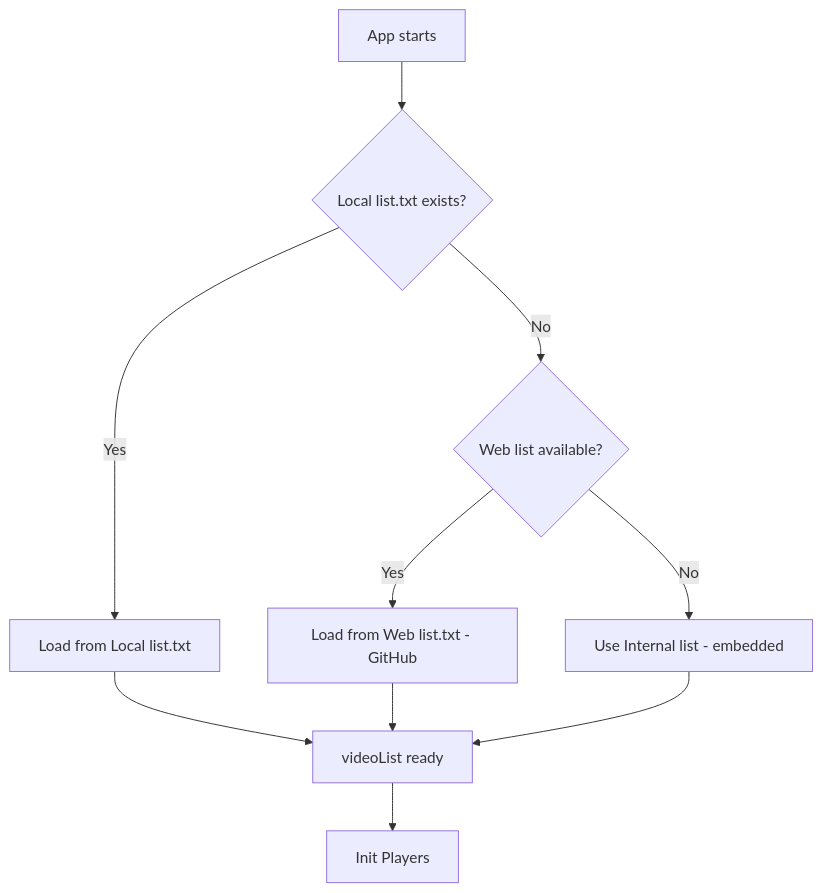
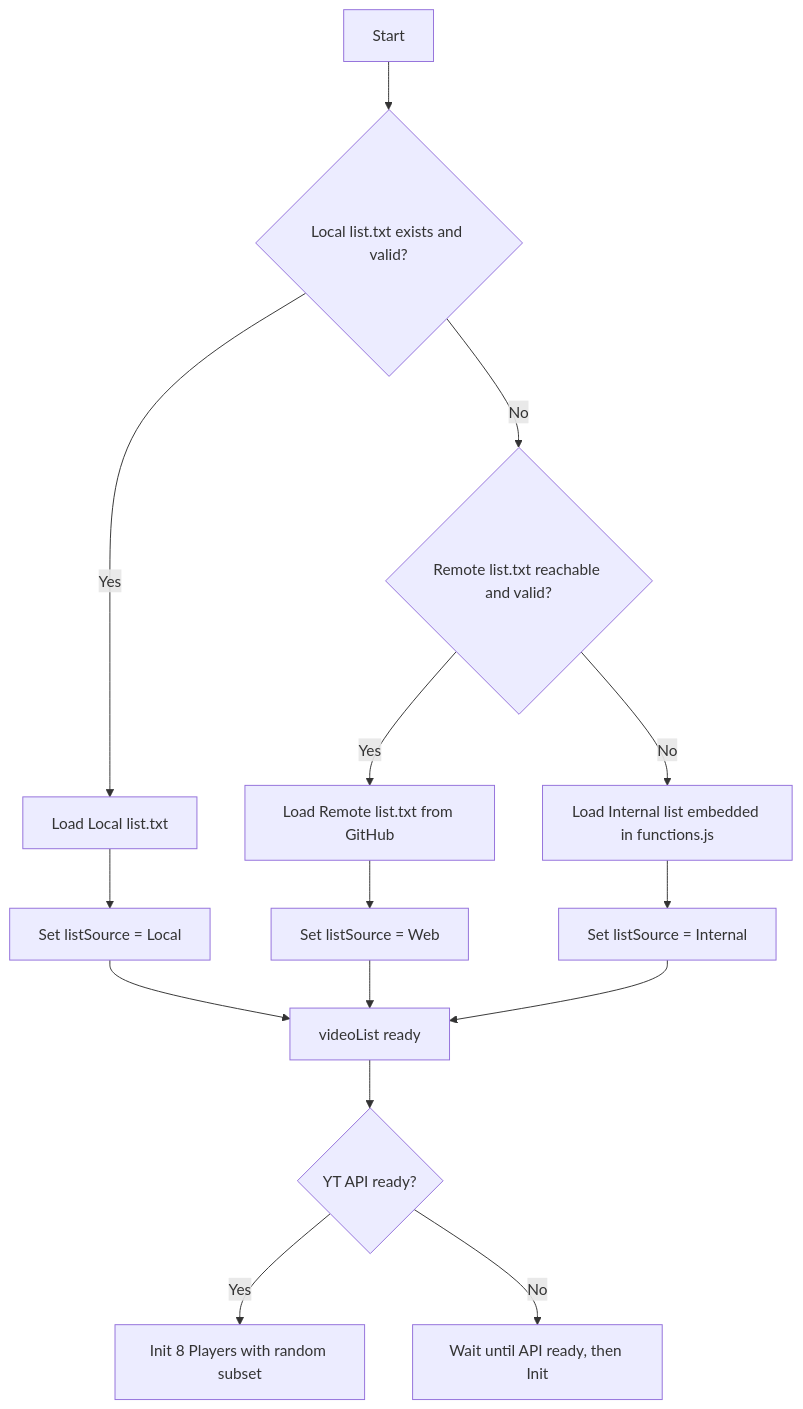
One commit to DeadManWalkingTO/MacrosDmW changed the diagram in player/README.md. Above: the diagram before and after it, drawn with Mermaid. The commit also changed other lines of this file and 2 other files, not shown here.

````diff
--- a/player/README.md
+++ b/player/README.md
@@ -25,14 +83,19 @@
 ```mermaid
 
 flowchart TD
-    A[App starts] --> B{Local list.txt exists?}
-    B -- Yes --> C[Load from Local list.txt]
-    B -- No --> D{Web list available?}
-    D -- Yes --> E[Load from Web list.txt - GitHub]
-    D -- No --> F[Use Internal list - embedded]
-    C --> G[videoList ready]
-    E --> G[videoList ready]
-    F --> G[videoList ready]
-    G --> H[Init Players]
+    A[Start] --> B{Local list.txt exists and valid?}
+    B -- Yes --> C[Load Local list.txt]
+    B -- No --> D{Remote list.txt reachable and valid?}
+    D -- Yes --> E[Load Remote list.txt from GitHub]
+    D -- No --> F[Load Internal list embedded in functions.js]
+    C --> G[Set listSource = Local]
+    E --> H[Set listSource = Web]
+    F --> I[Set listSource = Internal]
+    G --> J[videoList ready]
+    H --> J
+    I --> J
+    J --> K{YT API ready?}
+    K -- Yes --> L[Init 8 Players with random subset]
+    K -- No --> M[Wait until API ready, then Init]
 
 ```
````
